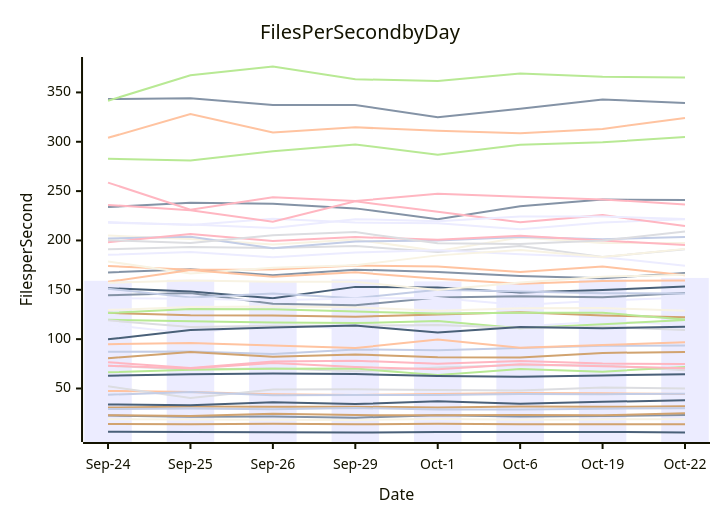
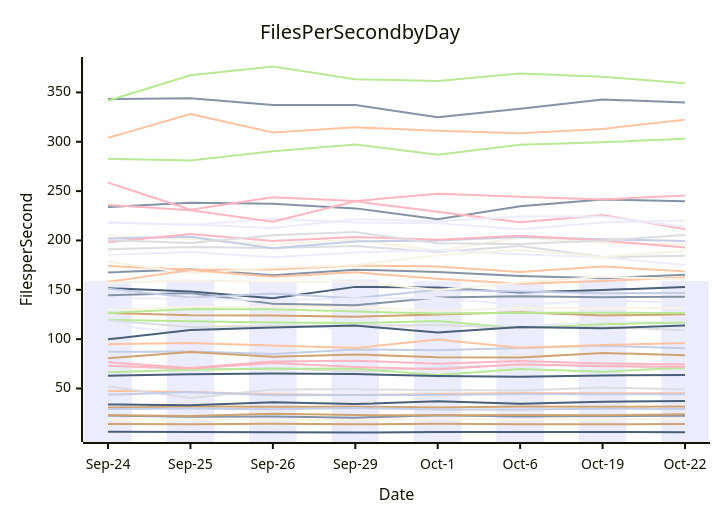
The diagram in perf-report.md (streetsidesoftware/cspell), drawn with Mermaid before and after one commit. The commit also changed other lines of this file and 1 other file, not shown here.

````diff
--- a/perf-report.md
+++ b/perf-report.md
@@ -10,57 +10,57 @@
 ```mermaid
 xychart-beta
     title Files Per Second by Day
     y-axis Files per Second
     x-axis Date [Sep-24, Sep-25, Sep-26, Sep-29, Oct-1, Oct-6, Oct-19, Oct-22]
-    bar [159.12, 160.20, 158.85, 160.46, 158.54, 157.78, 160.58, 162.02]
-    line [167.61, 170.71, 164.68, 170.44, 168.02, 164.09, 161.71, 166.96]
-    line [47.56, 46.43, 44.28, 43.43, 44.41, 45.48, 45.18, 44.42]
-    line [52.29, 40.48, 48.89, 49.28, 48.37, 47.88, 50.97, 50.11]
-    line [282.67, 280.96, 290.36, 297.31, 286.74, 296.93, 299.41, 304.79]
-    line [14.04, 13.83, 14.23, 13.74, 14.24, 13.86, 13.81, 13.67]
-    line [43.68, 46.57, 43.13, 43.45, 43.36, 44.34, 44.15, 44.79]
-    line [76.56, 70.74, 77.36, 78.18, 75.07, 77.78, 75.28, 74.73]
-    line [6.07, 5.98, 5.68, 5.41, 5.92, 6.00, 6.02, 5.52]
-    line [205.02, 201.39, 195.94, 200.94, 189.24, 203.08, 197.32, 197.32]
-    line [114.76, 105.80, 115.76, 109.67, 113.99, 112.94, 118.00, 114.67]
-    line [22.62, 21.27, 21.60, 20.47, 22.93, 21.69, 22.11, 23.04]
-    line [174.18, 170.43, 170.45, 174.63, 173.65, 167.92, 173.59, 164.69]
-    line [73.00, 69.32, 70.55, 67.39, 71.27, 73.77, 73.27, 68.61]
-    line [66.34, 68.88, 70.01, 70.14, 63.55, 69.72, 67.05, 71.80]
-    line [30.72, 31.67, 31.52, 31.59, 30.62, 31.79, 31.44, 31.95]
-    line [87.21, 87.42, 84.85, 89.53, 88.83, 91.13, 93.37, 93.48]
-    line [73.03, 70.23, 75.87, 71.80, 69.38, 74.54, 72.64, 70.42]
-    line [62.91, 64.44, 65.18, 64.56, 62.65, 62.01, 63.29, 64.53]
-    line [18.78, 18.52, 18.42, 18.07, 18.99, 18.38, 18.69, 18.78]
-    line [218.68, 215.66, 222.06, 218.14, 217.51, 211.32, 218.31, 221.47]
-    line [343.35, 343.97, 337.30, 337.13, 324.92, 333.43, 342.86, 339.19]
-    line [304.00, 328.11, 309.34, 314.63, 311.05, 308.73, 313.03, 324.10]
-    line [190.99, 193.37, 192.37, 194.39, 188.26, 194.31, 183.18, 190.99]
-    line [119.64, 118.05, 116.99, 116.24, 118.39, 111.00, 115.01, 119.48]
-    line [126.63, 124.32, 123.86, 122.76, 124.85, 127.28, 123.99, 122.22]
-    line [202.02, 203.87, 192.01, 198.88, 199.85, 203.55, 201.34, 203.50]
-    line [198.18, 206.47, 199.39, 203.39, 200.83, 204.79, 199.89, 195.40]
-    line [33.90, 33.12, 36.15, 34.22, 37.04, 34.53, 36.49, 38.09]
-    line [129.51, 132.51, 133.16, 132.31, 128.76, 131.24, 131.49, 128.70]
-    line [185.48, 188.32, 183.01, 187.77, 190.16, 185.98, 183.04, 174.48]
-    line [233.86, 238.09, 237.21, 232.50, 221.42, 234.66, 241.48, 241.08]
-    line [94.92, 96.04, 93.49, 90.93, 99.59, 91.34, 93.97, 96.82]
-    line [200.29, 197.49, 205.32, 208.45, 197.08, 196.39, 199.93, 209.15]
-    line [126.43, 130.53, 130.33, 127.99, 125.90, 126.66, 126.74, 119.91]
-    line [23.00, 22.21, 24.38, 23.05, 22.85, 23.16, 22.78, 24.84]
-    line [29.23, 29.70, 28.98, 30.17, 28.67, 28.81, 29.58, 30.07]
-    line [235.99, 230.67, 219.04, 239.66, 229.06, 218.48, 225.66, 214.68]
-    line [151.64, 148.32, 141.41, 152.96, 152.29, 147.14, 149.81, 153.36]
-    line [178.77, 166.50, 172.24, 175.00, 184.88, 190.21, 183.26, 191.47]
-    line [217.97, 216.10, 212.71, 221.60, 219.58, 224.28, 224.21, 221.67]
-    line [144.39, 146.81, 135.80, 134.31, 142.24, 143.38, 142.44, 146.75]
-    line [158.06, 170.07, 163.11, 167.69, 161.21, 156.12, 158.95, 159.55]
-    line [119.04, 112.27, 113.64, 113.59, 114.39, 111.42, 112.56, 109.33]
-    line [341.57, 367.34, 376.26, 363.37, 361.56, 369.11, 365.93, 365.04]
-    line [80.71, 87.03, 82.08, 84.54, 81.78, 81.41, 86.03, 87.05]
-    line [151.00, 142.17, 146.26, 141.54, 150.02, 148.37, 146.50, 146.18]
-    line [258.60, 231.14, 243.74, 239.90, 247.38, 244.34, 241.58, 236.44]
-    line [99.84, 109.30, 111.81, 113.74, 106.75, 112.35, 111.02, 112.47]
-    line [157.19, 159.48, 158.08, 158.04, 149.87, 157.33, 163.29, 165.20]
-    line [141.65, 140.89, 139.38, 141.22, 141.74, 134.66, 139.08, 142.20]
+    bar [159.12, 160.20, 158.85, 160.46, 158.54, 157.78, 160.58, 159.03]
+    line [167.61, 170.71, 164.68, 170.44, 168.02, 164.09, 161.71, 165.23]
+    line [47.56, 46.43, 44.28, 43.43, 44.41, 45.48, 45.18, 45.07]
+    line [52.29, 40.48, 48.89, 49.28, 48.37, 47.88, 50.97, 49.03]
+    line [282.67, 280.96, 290.36, 297.31, 286.74, 296.93, 299.41, 303.13]
+    line [14.04, 13.83, 14.23, 13.74, 14.24, 13.86, 13.81, 14.01]
+    line [43.68, 46.57, 43.13, 43.45, 43.36, 44.34, 44.15, 44.08]
+    line [76.56, 70.74, 77.36, 78.18, 75.07, 77.78, 75.28, 74.51]
+    line [6.07, 5.98, 5.68, 5.41, 5.92, 6.00, 6.02, 5.75]
+    line [205.02, 201.39, 195.94, 200.94, 189.24, 203.08, 197.32, 196.05]
+    line [114.76, 105.80, 115.76, 109.67, 113.99, 112.94, 118.00, 116.85]
+    line [22.62, 21.27, 21.60, 20.47, 22.93, 21.69, 22.11, 22.28]
+    line [174.18, 170.43, 170.45, 174.63, 173.65, 167.92, 173.59, 168.67]
+    line [73.00, 69.32, 70.55, 67.39, 71.27, 73.77, 73.27, 70.11]
+    line [66.34, 68.88, 70.01, 70.14, 63.55, 69.72, 67.05, 71.08]
+    line [30.72, 31.67, 31.52, 31.59, 30.62, 31.79, 31.44, 31.67]
+    line [87.21, 87.42, 84.85, 89.53, 88.83, 91.13, 93.37, 90.70]
+    line [73.03, 70.23, 75.87, 71.80, 69.38, 74.54, 72.64, 71.96]
+    line [62.91, 64.44, 65.18, 64.56, 62.65, 62.01, 63.29, 63.79]
+    line [18.78, 18.52, 18.42, 18.07, 18.99, 18.38, 18.69, 19.00]
+    line [218.68, 215.66, 222.06, 218.14, 217.51, 211.32, 218.31, 220.10]
+    line [343.35, 343.97, 337.30, 337.13, 324.92, 333.43, 342.86, 339.81]
+    line [304.00, 328.11, 309.34, 314.63, 311.05, 308.73, 313.03, 322.37]
+    line [190.99, 193.37, 192.37, 194.39, 188.26, 194.31, 183.18, 184.56]
+    line [119.64, 118.05, 116.99, 116.24, 118.39, 111.00, 115.01, 116.88]
+    line [126.63, 124.32, 123.86, 122.76, 124.85, 127.28, 123.99, 125.15]
+    line [202.02, 203.87, 192.01, 198.88, 199.85, 203.55, 201.34, 199.55]
+    line [198.18, 206.47, 199.39, 203.39, 200.83, 204.79, 199.89, 192.85]
+    line [33.90, 33.12, 36.15, 34.22, 37.04, 34.53, 36.49, 37.33]
+    line [129.51, 132.51, 133.16, 132.31, 128.76, 131.24, 131.49, 131.59]
+    line [185.48, 188.32, 183.01, 187.77, 190.16, 185.98, 183.04, 175.20]
+    line [233.86, 238.09, 237.21, 232.50, 221.42, 234.66, 241.48, 239.78]
+    line [94.92, 96.04, 93.49, 90.93, 99.59, 91.34, 93.97, 96.00]
+    line [200.29, 197.49, 205.32, 208.45, 197.08, 196.39, 199.93, 205.59]
+    line [126.43, 130.53, 130.33, 127.99, 125.90, 126.66, 126.74, 126.46]
+    line [23.00, 22.21, 24.38, 23.05, 22.85, 23.16, 22.78, 23.92]
+    line [29.23, 29.70, 28.98, 30.17, 28.67, 28.81, 29.58, 29.31]
+    line [235.99, 230.67, 219.04, 239.66, 229.06, 218.48, 225.66, 211.47]
+    line [151.64, 148.32, 141.41, 152.96, 152.29, 147.14, 149.81, 152.74]
+    line [178.77, 166.50, 172.24, 175.00, 184.88, 190.21, 183.26, 189.47]
+    line [217.97, 216.10, 212.71, 221.60, 219.58, 224.28, 224.21, 213.97]
+    line [144.39, 146.81, 135.80, 134.31, 142.24, 143.38, 142.44, 143.06]
+    line [158.06, 170.07, 163.11, 167.69, 161.21, 156.12, 158.95, 162.77]
+    line [119.04, 112.27, 113.64, 113.59, 114.39, 111.42, 112.56, 109.04]
+    line [341.57, 367.34, 376.26, 363.37, 361.56, 369.11, 365.93, 359.34]
+    line [80.71, 87.03, 82.08, 84.54, 81.78, 81.41, 86.03, 83.62]
+    line [151.00, 142.17, 146.26, 141.54, 150.02, 148.37, 146.50, 146.67]
+    line [258.60, 231.14, 243.74, 239.90, 247.38, 244.34, 241.58, 245.56]
+    line [99.84, 109.30, 111.81, 113.74, 106.75, 112.35, 111.02, 113.95]
+    line [157.19, 159.48, 158.08, 158.04, 149.87, 157.33, 163.29, 160.80]
+    line [141.65, 140.89, 139.38, 141.22, 141.74, 134.66, 139.08, 136.76]
 ```
````
